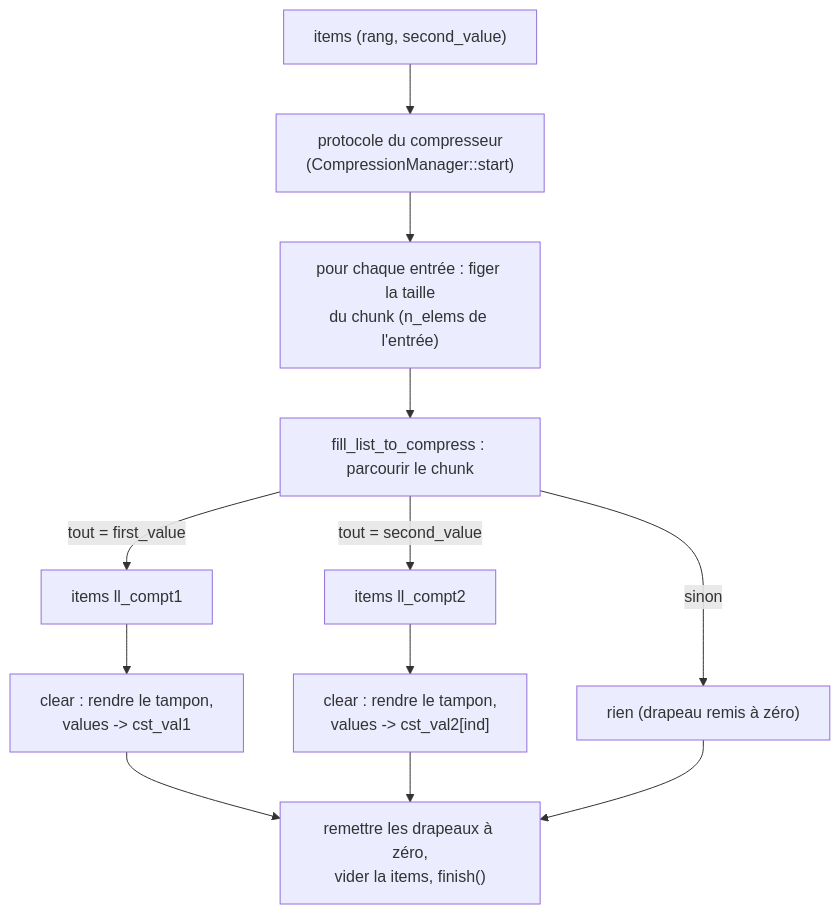
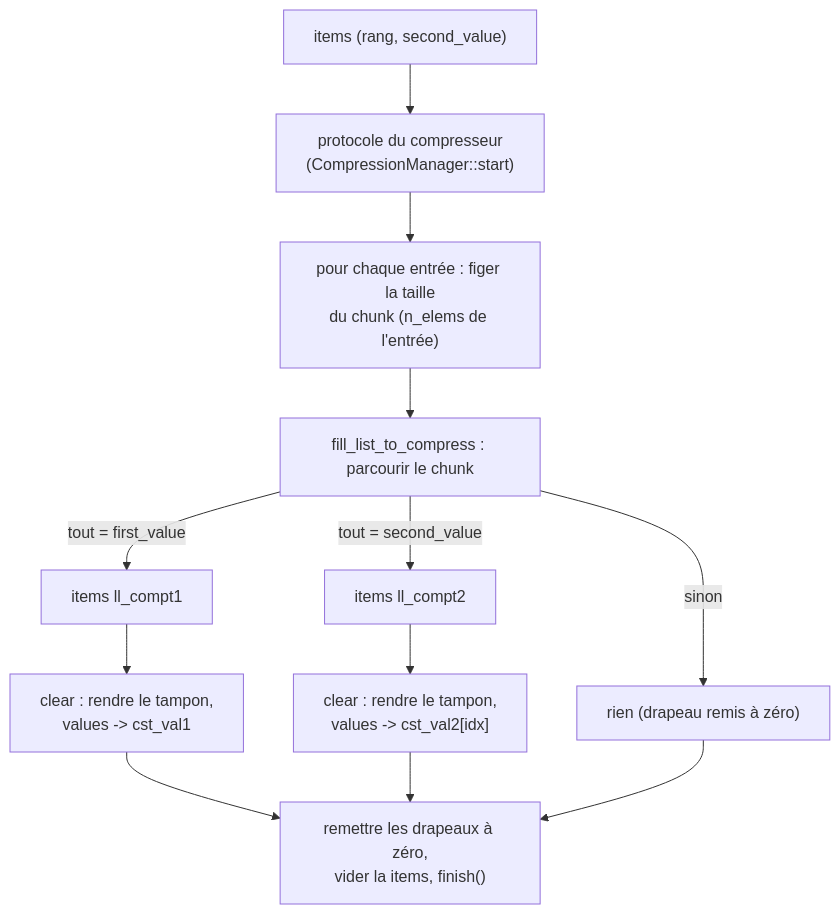
The second of 2 diagrams in docs/algo_zero_one_value_fr.md (cea-hpc/shrink-array), drawn with Mermaid before and after one commit. The commit also changed other lines of this file and 61 other files, not shown here.

First line of the commit message:
French names in English (3/4): ind (indice) is idx, IndType is IndexType

````diff
--- a/docs/algo_zero_one_value_fr.md
+++ b/docs/algo_zero_one_value_fr.md
@@ -392,14 +392,14 @@
 ```mermaid
 flowchart TD
     A["items (rang, second_value)"] --> B["protocole du compresseur<br/>(CompressionManager::start)"]
     B --> C["pour chaque entrée : figer la taille<br/>du chunk (n_elems de l'entrée)"]
     C --> D["fill_list_to_compress : parcourir le chunk"]
     D -->|"tout = first_value"| E["items ll_compt1"]
     D -->|"tout = second_value"| F["items ll_compt2"]
     D -->|"sinon"| G["rien (drapeau remis à zéro)"]
     E --> H["clear : rendre le tampon,<br/>values -> cst_val1"]
-    F --> I["clear : rendre le tampon,<br/>values -> cst_val2[ind]"]
+    F --> I["clear : rendre le tampon,<br/>values -> cst_val2[idx]"]
     H --> J["remettre les drapeaux à zéro,<br/>vider la items, finish()"]
     I --> J
     G --> J
 ```
````
